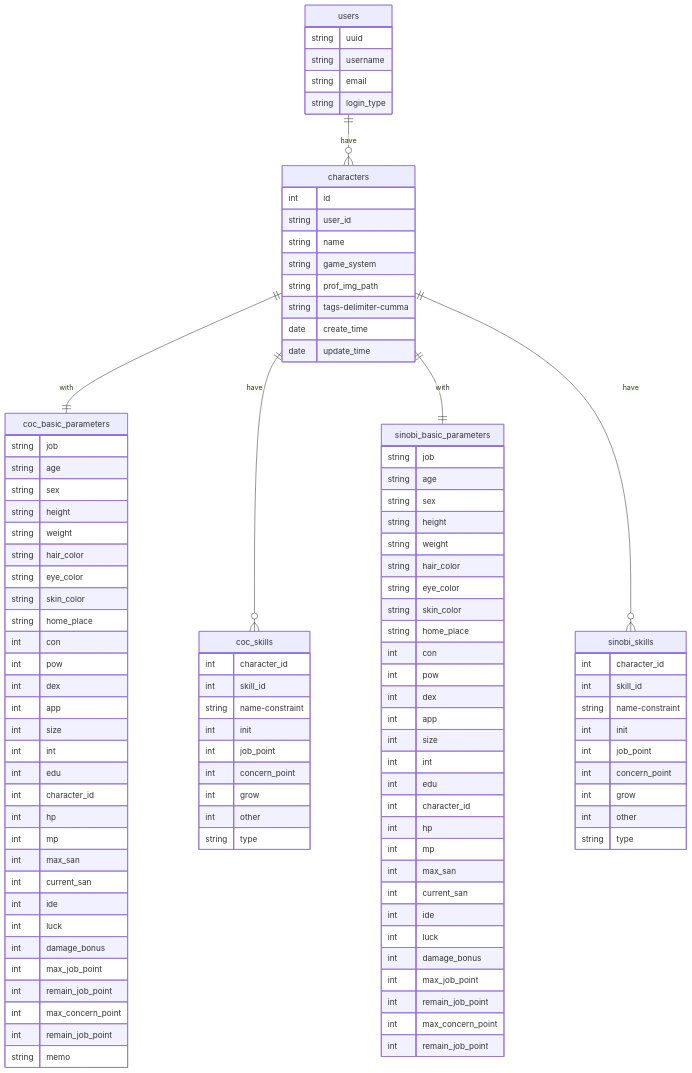
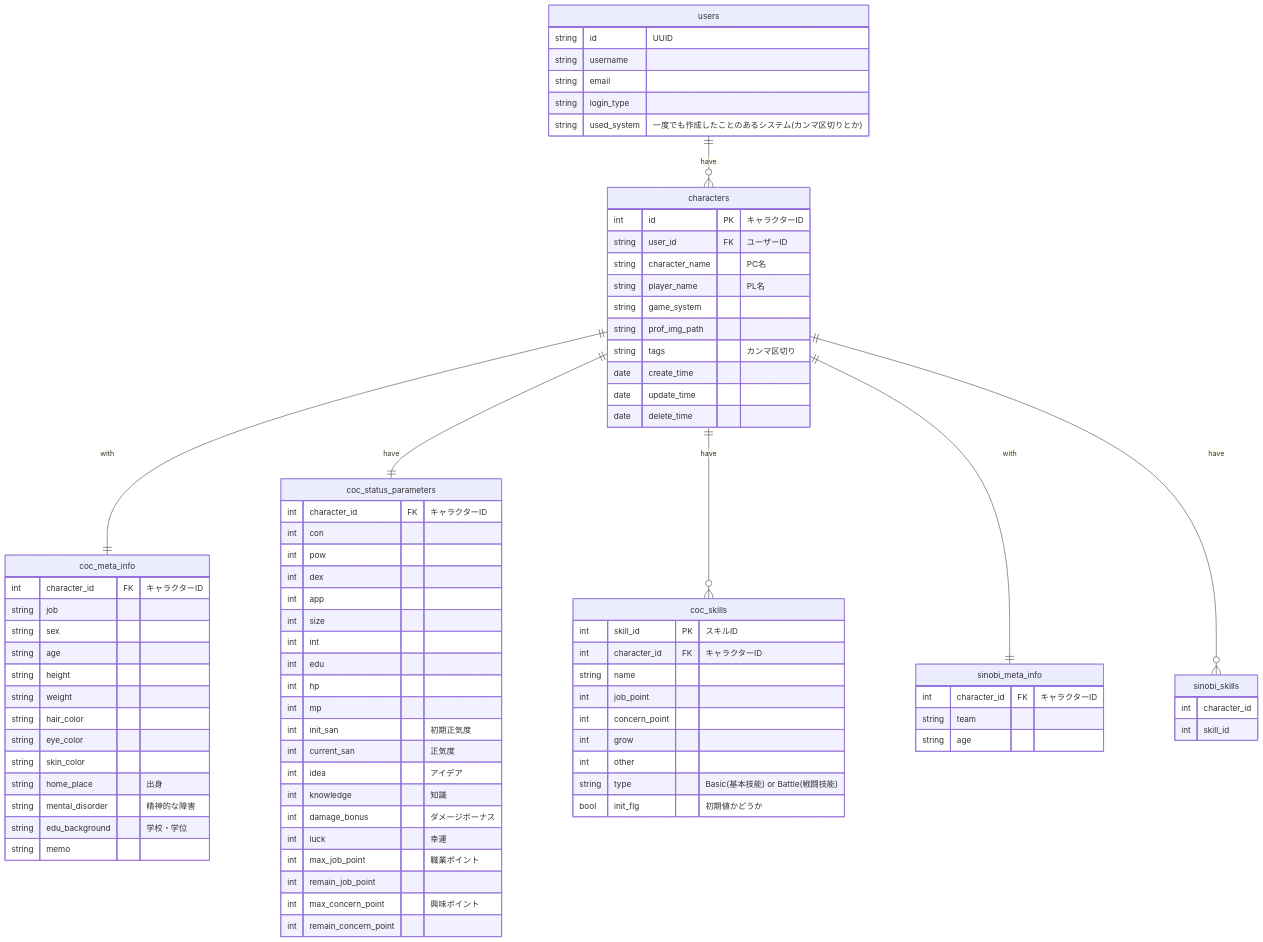
Before and after one commit to kitsystemyou/character-manager-backend: the diagram in docs/enthithi.md, drawn with Mermaid.

Commit message:
Update enthithi.md
ユーザーの基本情報・ステータス情報を整理

````diff
--- a/docs/enthithi.md
+++ b/docs/enthithi.md
@@ -3,39 +3,51 @@
 erDiagram
 
 users ||--o{ characters : have
-characters ||--|| coc_basic_parameters : with
+characters ||--|| coc_meta_info : with
+characters ||--|| coc_status_parameters : have
 characters ||--o{ coc_skills : have
-characters ||--|| sinobi_basic_parameters : with
+characters ||--|| sinobi_meta_info : with
 characters ||--o{ sinobi_skills : have
 
 users {
-  string uuid
+  string id "UUID"
   string username
   string email
   string login_type
+  string used_system "一度でも作成したことのあるシステム(カンマ区切りとか)"
 }
 
 characters {
-  int id
-  string user_id
-  string name
+  int id PK "キャラクターID"
+  string user_id FK "ユーザーID"
+  string character_name "PC名"
+  string player_name "PL名"
   string game_system
   string prof_img_path
-  string tags-delimiter-cumma
+  string tags "カンマ区切り"
   date create_time
   date update_time
+  date delete_time
 }
 
-coc_basic_parameters {
+coc_meta_info {
+  int character_id FK "キャラクターID"
   string job
+  string sex
   string age
-  string sex
   string height
   string weight
   string hair_color
   string eye_color
   string skin_color
-  string home_place
+  string home_place "出身"
+  string mental_disorder "精神的な障害"
+  string edu_background "学校・学位"
+  string memo
+}
+
+coc_status_parameters {
+  int character_id FK "キャラクターID"
   int con
   int pow
   int dex
@@ -43,73 +55,40 @@
   int size
   int int
   int edu
-  int character_id
   int hp
   int mp
-  int max_san
-  int current_san
-  int ide
-  int luck
-  int damage_bonus
-  int max_job_point
+  int init_san "初期正気度"
+  int current_san "正気度"
+  int idea "アイデア"
+  int knowledge "知識"
+  int damage_bonus "ダメージボーナス"
+  int luck "幸運"
+  int max_job_point "職業ポイント"
   int remain_job_point
-  int max_concern_point
-  int remain_job_point
-  string memo
-}
-
-sinobi_basic_parameters {
-  string job
-  string age
-  string sex
-  string height
-  string weight
-  string hair_color
-  string eye_color
-  string skin_color
-  string home_place
-  int con
-  int pow
-  int dex
-  int app
-  int size
-  int int
-  int edu
-  int character_id
-  int hp
-  int mp
-  int max_san
-  int current_san
-  int ide
-  int luck
-  int damage_bonus
-  int max_job_point
-  int remain_job_point
-  int max_concern_point
-  int remain_job_point
+  int max_concern_point "興味ポイント"
+  int remain_concern_point
 }
 
 coc_skills {
-  int character_id
-  int skill_id
-  string name-constraint
-  int init
+  int skill_id PK "スキルID"
+  int character_id FK "キャラクターID"
+  string name
   int job_point
   int concern_point
   int grow
   int other
-  string type
+  string type "Basic(基本技能) or Battle(戦闘技能)"
+  bool init_flg "初期値かどうか"
+}
+
+sinobi_meta_info {
+  int character_id FK "キャラクターID"
+  string team
+  string age
 }
 
 sinobi_skills {
   int character_id
   int skill_id
-  string name-constraint
-  int init
-  int job_point
-  int concern_point
-  int grow
-  int other
-  string type
 }
 ```
````
